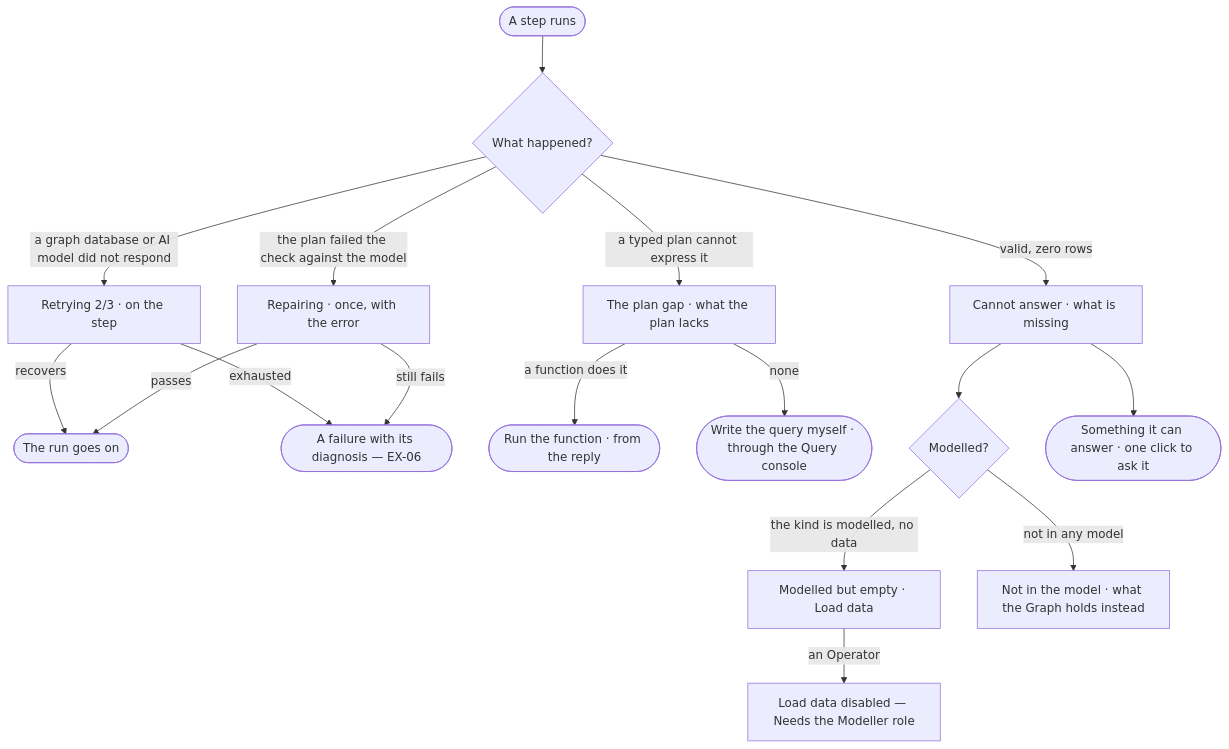
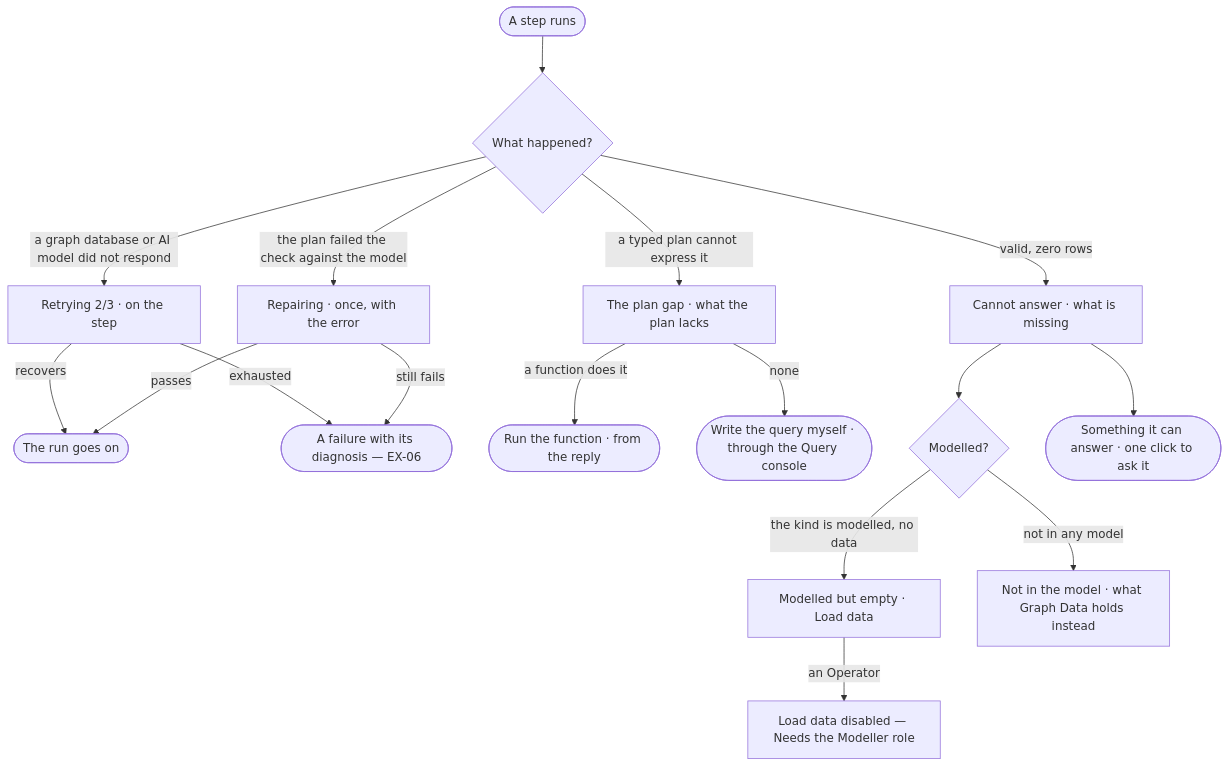
Before and after one commit to invana/invana: the diagram in specs/capabilities/explore/features/EX-F05-when-it-cannot-answer-and-how-it-reasons/stories/EX-05-be-told-when-the-graph-cannot-answer/story.md, drawn with Mermaid. The commit also changed other lines of this file and 69 other files, not shown here.

First line of the commit message:
feat(specs): retire Graph as an object — Graph Data is the screen word

````diff
--- a/specs/capabilities/explore/features/EX-F05-when-it-cannot-answer-and-how-it-reasons/stories/EX-05-be-told-when-the-graph-cannot-answer/story.md
+++ b/specs/capabilities/explore/features/EX-F05-when-it-cannot-answer-and-how-it-reasons/stories/EX-05-be-told-when-the-graph-cannot-answer/story.md
@@ -27,19 +27,19 @@
 ```mermaid
 flowchart TD
   a([A step runs]) --> b{What happened?}
   b -->|a graph database or AI model did not respond| r["Retrying 2/3 · on the step"]
   r -->|recovers| ok([The run goes on])
   r -->|exhausted| f(["A failure with its diagnosis — EX-06"])
   b -->|the plan failed the check against the model| rp["Repairing · once, with the error"]
   rp -->|passes| ok
   rp -->|still fails| f
   b -->|a typed plan cannot express it| gap["The plan gap · what the plan lacks"]
   gap -->|a function does it| fn(["Run the function · from the reply"])
   gap -->|none| wq(["Write the query myself · through the Query console"])
   b -->|valid, zero rows| ca["Cannot answer · what is missing"]
   ca --> m{Modelled?}
   m -->|the kind is modelled, no data| me["Modelled but empty · Load data"]
-  m -->|not in any model| nm["Not in the model · what the Graph holds instead"]
+  m -->|not in any model| nm["Not in the model · what Graph Data holds instead"]
   me -->|an Operator| na["Load data disabled — Needs the Modeller role"]
   ca --> ask(["Something it can answer · one click to ask it"])
 ```
````
